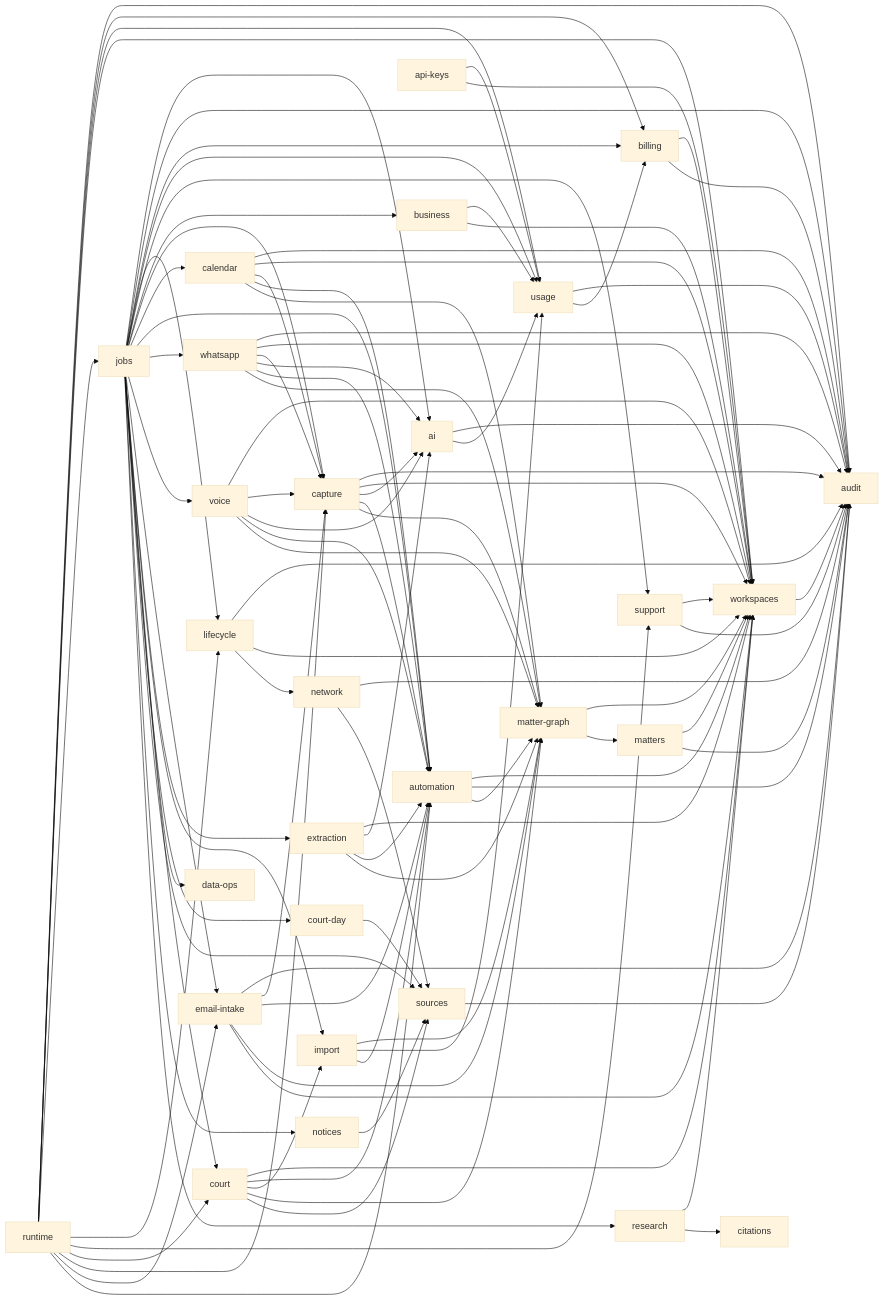
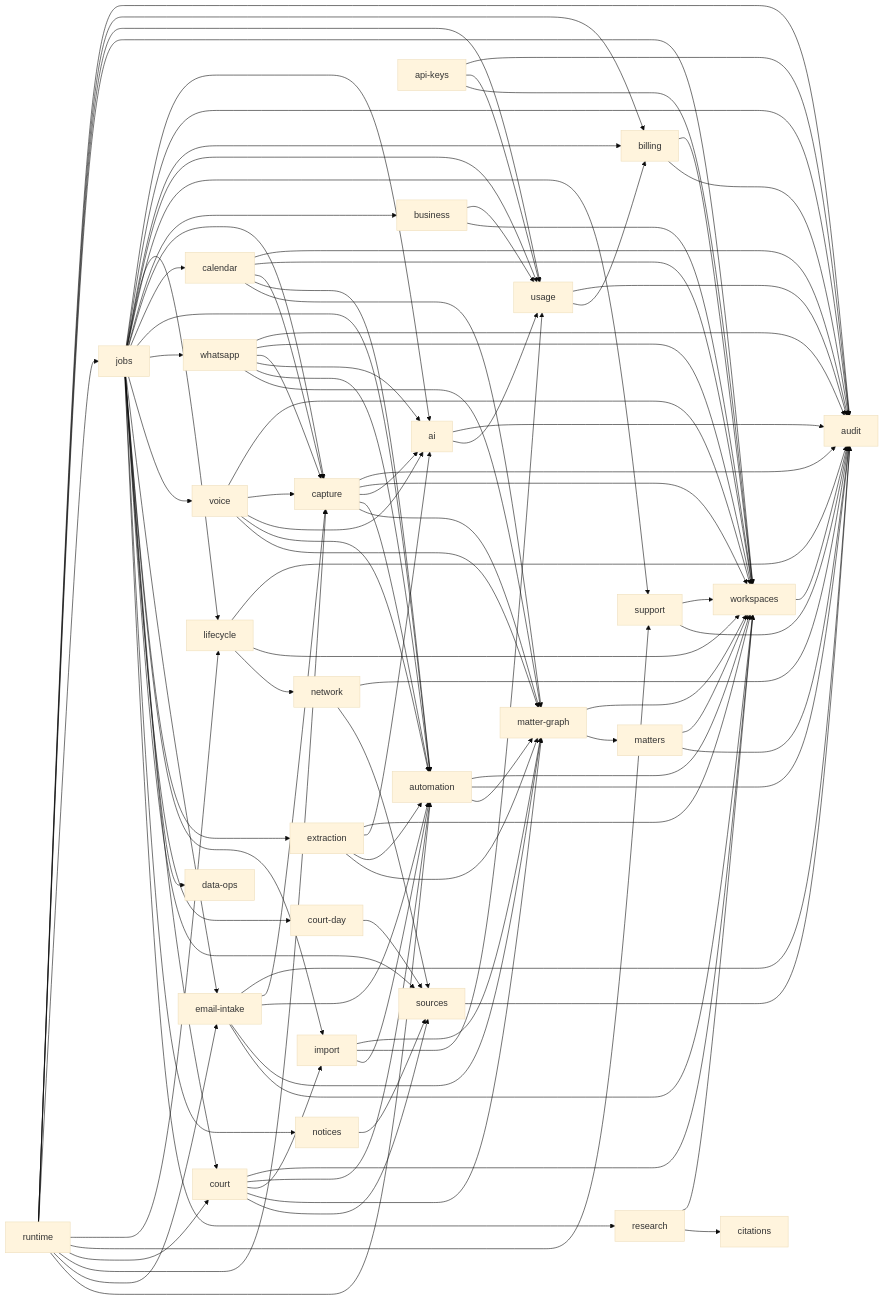
The diagram in docs/engineering/core-domains.md (RapierCraftStudios/causedeck), drawn with Mermaid (base theme) before and after one commit. The commit also changed other lines of this file and 8 other files, not shown here.

Commit message:
feat(api-keys): audit key issue and revoke, move issuer lookup into core (#624)

```diff
--- a/docs/engineering/core-domains.md
+++ b/docs/engineering/core-domains.md
@@ -142,6 +142,7 @@
   jobs --> sources
   jobs --> notices
   notices --> sources
+  api-keys --> audit
   api-keys --> usage
   api-keys --> workspaces
   jobs --> research
```
